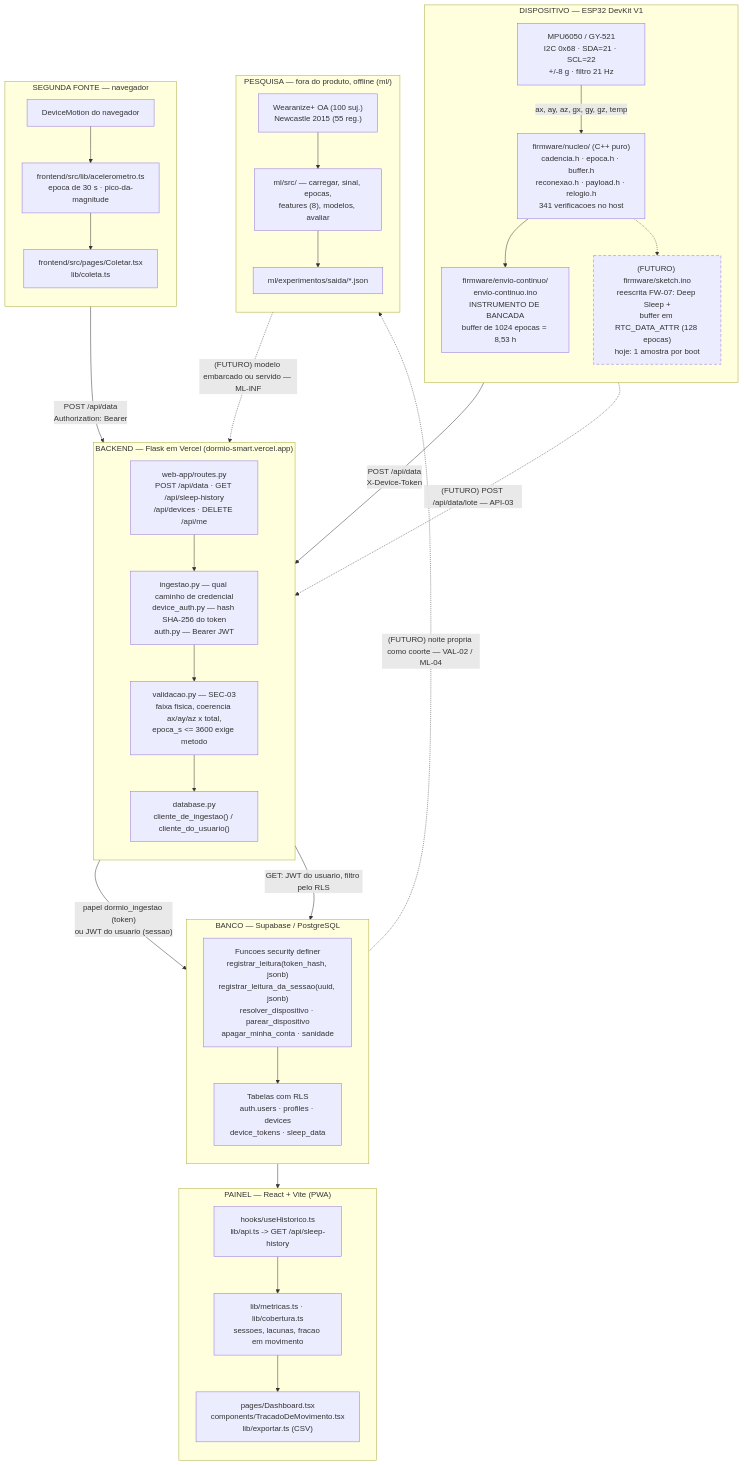
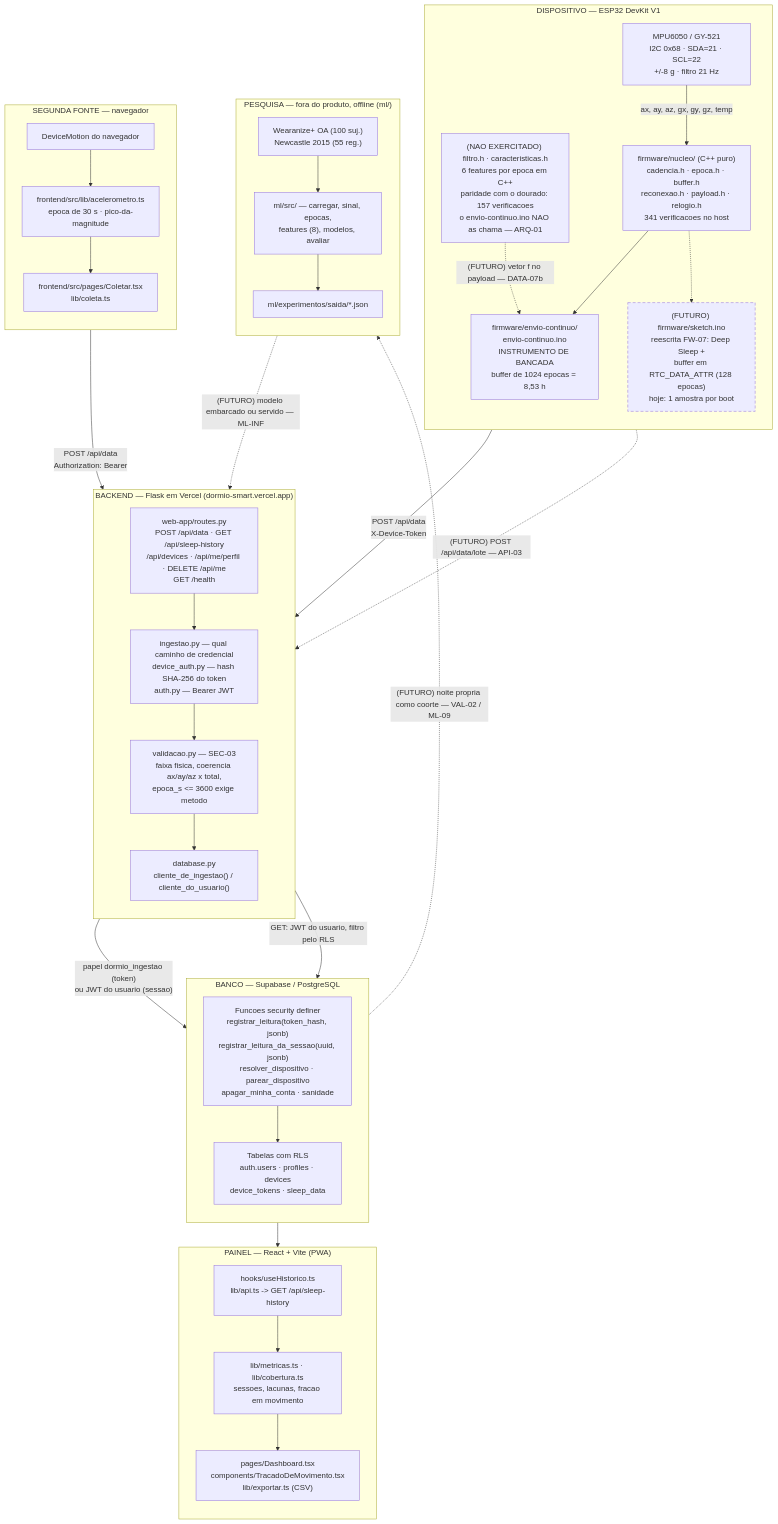
Before and after one commit to vitormendes4072/DormioSmart: the diagram in docs/diagramas/DIAG-01-arquitetura.md, drawn with Mermaid. The commit also changed other lines of this file and 9 other files, not shown here.

````diff
--- a/docs/diagramas/DIAG-01-arquitetura.md
+++ b/docs/diagramas/DIAG-01-arquitetura.md
@@ -25,66 +29,68 @@
 ```mermaid
 flowchart TB
     subgraph DISP["DISPOSITIVO — ESP32 DevKit V1"]
         direction TB
         MPU["MPU6050 / GY-521<br/>I2C 0x68 · SDA=21 · SCL=22<br/>+/-8 g · filtro 21 Hz"]
         NUC["firmware/nucleo/ (C++ puro)<br/>cadencia.h · epoca.h · buffer.h<br/>reconexao.h · payload.h · relogio.h<br/>341 verificacoes no host"]
+        FEAT["(NAO EXERCITADO) filtro.h · caracteristicas.h<br/>6 features por epoca em C++<br/>paridade com o dourado: 157 verificacoes<br/>o envio-continuo.ino NAO as chama — ARQ-01"]
         ENV["firmware/envio-continuo/<br/>envio-continuo.ino<br/>INSTRUMENTO DE BANCADA<br/>buffer de 1024 epocas = 8,53 h"]
         SKT["(FUTURO) firmware/sketch.ino<br/>reescrita FW-07: Deep Sleep +<br/>buffer em RTC_DATA_ATTR (128 epocas)<br/>hoje: 1 amostra por boot"]
         MPU -->|"ax, ay, az, gx, gy, gz, temp"| NUC
         NUC --> ENV
+        FEAT -.->|"(FUTURO) vetor f no payload — DATA-07b"| ENV
         NUC -.-> SKT
     end
 
     subgraph CEL["SEGUNDA FONTE — navegador"]
         direction TB
         DM["DeviceMotion do navegador"]
         ACEL["frontend/src/lib/acelerometro.ts<br/>epoca de 30 s · pico-da-magnitude"]
         COL["frontend/src/pages/Coletar.tsx<br/>lib/coleta.ts"]
         DM --> ACEL --> COL
     end
 
     subgraph API["BACKEND — Flask em Vercel (dormio-smart.vercel.app)"]
         direction TB
-        RT["web-app/routes.py<br/>POST /api/data · GET /api/sleep-history<br/>/api/devices · DELETE /api/me"]
+        RT["web-app/routes.py<br/>POST /api/data · GET /api/sleep-history<br/>/api/devices · /api/me/perfil · DELETE /api/me<br/>GET /health"]
         ING["ingestao.py — qual caminho de credencial<br/>device_auth.py — hash SHA-256 do token<br/>auth.py — Bearer JWT"]
         VAL["validacao.py — SEC-03<br/>faixa fisica, coerencia ax/ay/az x total,<br/>epoca_s <= 3600 exige metodo"]
         DB["database.py<br/>cliente_de_ingestao() / cliente_do_usuario()"]
         RT --> ING --> VAL --> DB
     end
 
     subgraph SUP["BANCO — Supabase / PostgreSQL"]
         direction TB
         FN["Funcoes security definer<br/>registrar_leitura(token_hash, jsonb)<br/>registrar_leitura_da_sessao(uuid, jsonb)<br/>resolver_dispositivo · parear_dispositivo<br/>apagar_minha_conta · sanidade"]
         TB["Tabelas com RLS<br/>auth.users · profiles · devices<br/>device_tokens · sleep_data"]
         FN --> TB
     end
 
     subgraph WEB["PAINEL — React + Vite (PWA)"]
         direction TB
         HIST["hooks/useHistorico.ts<br/>lib/api.ts -> GET /api/sleep-history"]
         MET["lib/metricas.ts · lib/cobertura.ts<br/>sessoes, lacunas, fracao em movimento"]
         DASH["pages/Dashboard.tsx<br/>components/TracadoDeMovimento.tsx<br/>lib/exportar.ts (CSV)"]
         HIST --> MET --> DASH
     end
 
     ENV -->|"POST /api/data<br/>X-Device-Token"| RT
     SKT -.->|"(FUTURO) POST /api/data/lote — API-03"| RT
     COL -->|"POST /api/data<br/>Authorization: Bearer"| RT
     DB -->|"papel dormio_ingestao (token)<br/>ou JWT do usuario (sessao)"| FN
     DB -->|"GET: JWT do usuario, filtro pelo RLS"| TB
     TB --> HIST
 
     subgraph OFF["PESQUISA — fora do produto, offline (ml/)"]
         direction TB
         DS["Wearanize+ OA (100 suj.)<br/>Newcastle 2015 (55 reg.)"]
         PIPE["ml/src/ — carregar, sinal, epocas,<br/>features (8), modelos, avaliar"]
         RES["ml/experimentos/saida/*.json"]
         DS --> PIPE --> RES
     end
 
     RES -.->|"(FUTURO) modelo embarcado ou servido — ML-INF"| RT
-    TB -.->|"(FUTURO) noite propria como coorte — VAL-02 / ML-04"| PIPE
+    TB -.->|"(FUTURO) noite propria como coorte — VAL-02 / ML-09"| PIPE
 
     classDef futuro stroke-dasharray: 6 4;
     class SKT futuro;
 ```
````
